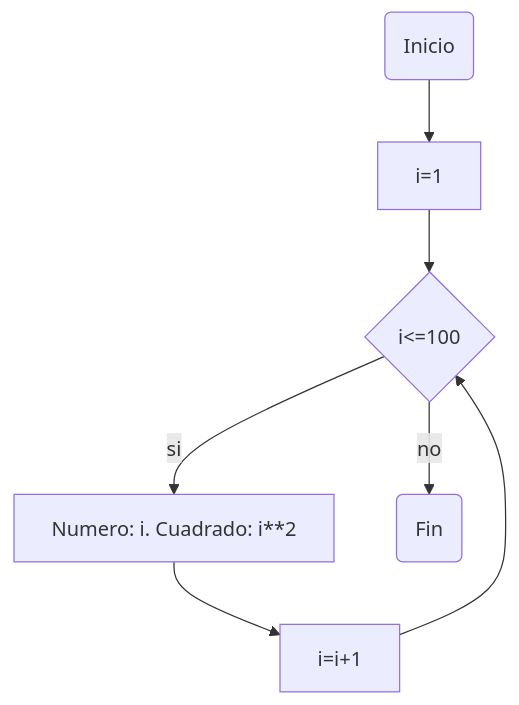
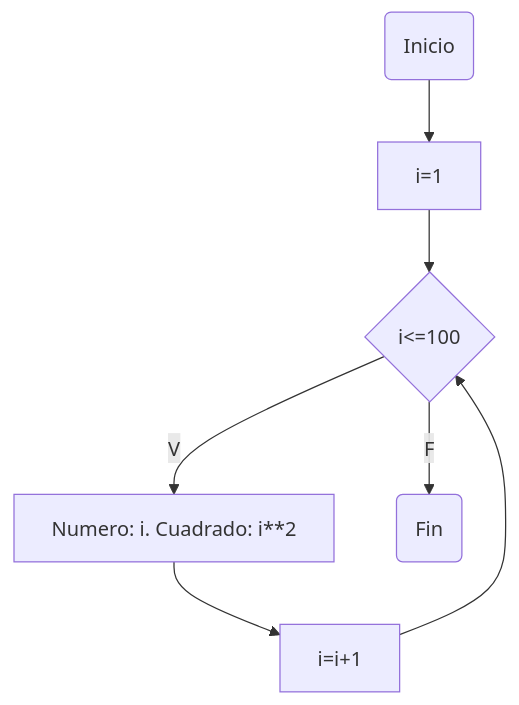
Before and after one commit to TzDaniel1/Reto_7: the first of 3 diagrams in README.md, drawn with Mermaid. The commit also changed other lines of this file, not shown here.

````diff
--- a/README.md
+++ b/README.md
@@ -12,9 +12,9 @@
 ```mermaid
 flowchart TD
 A(Inicio)-->B[i=1]
 B-->C{i<=100}
-C-->|si|D[Numero: i. Cuadrado: i**2]
+C-->|V|D[Numero: i. Cuadrado: i**2]
 D-->F[i=i+1]
 F-->C
-C-->|no|E(Fin)
+C-->|F|E(Fin)
 ```
````
